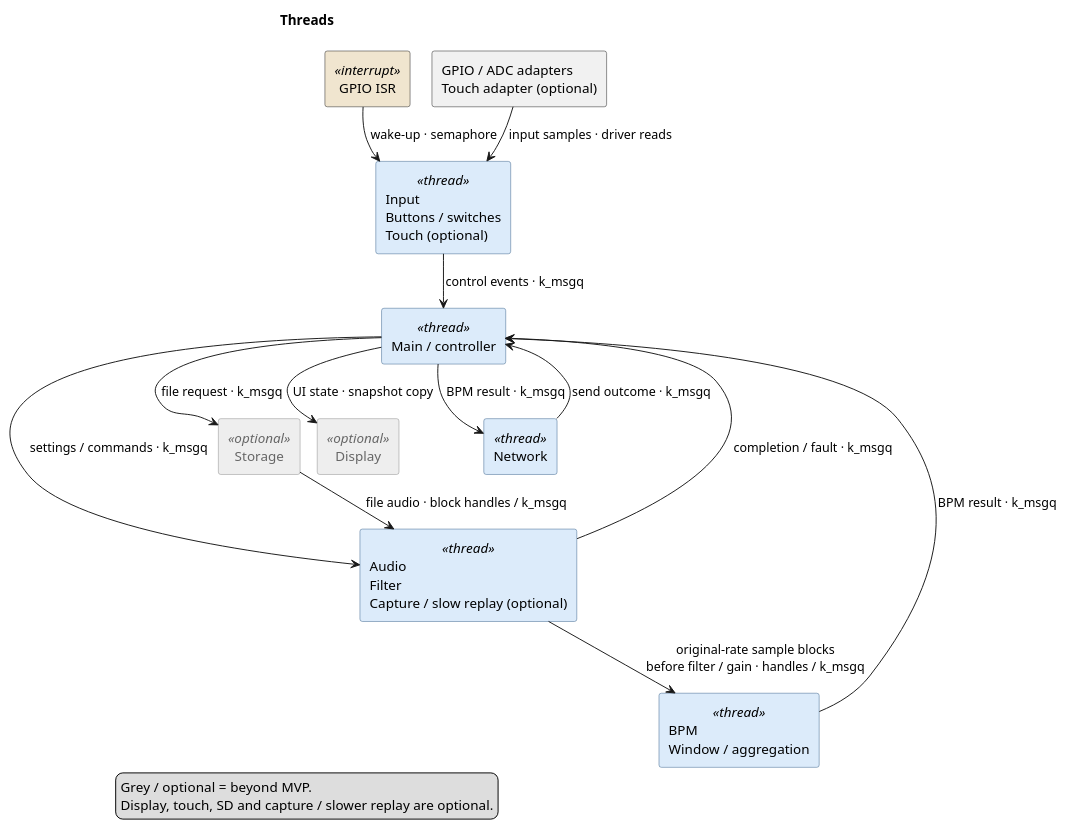
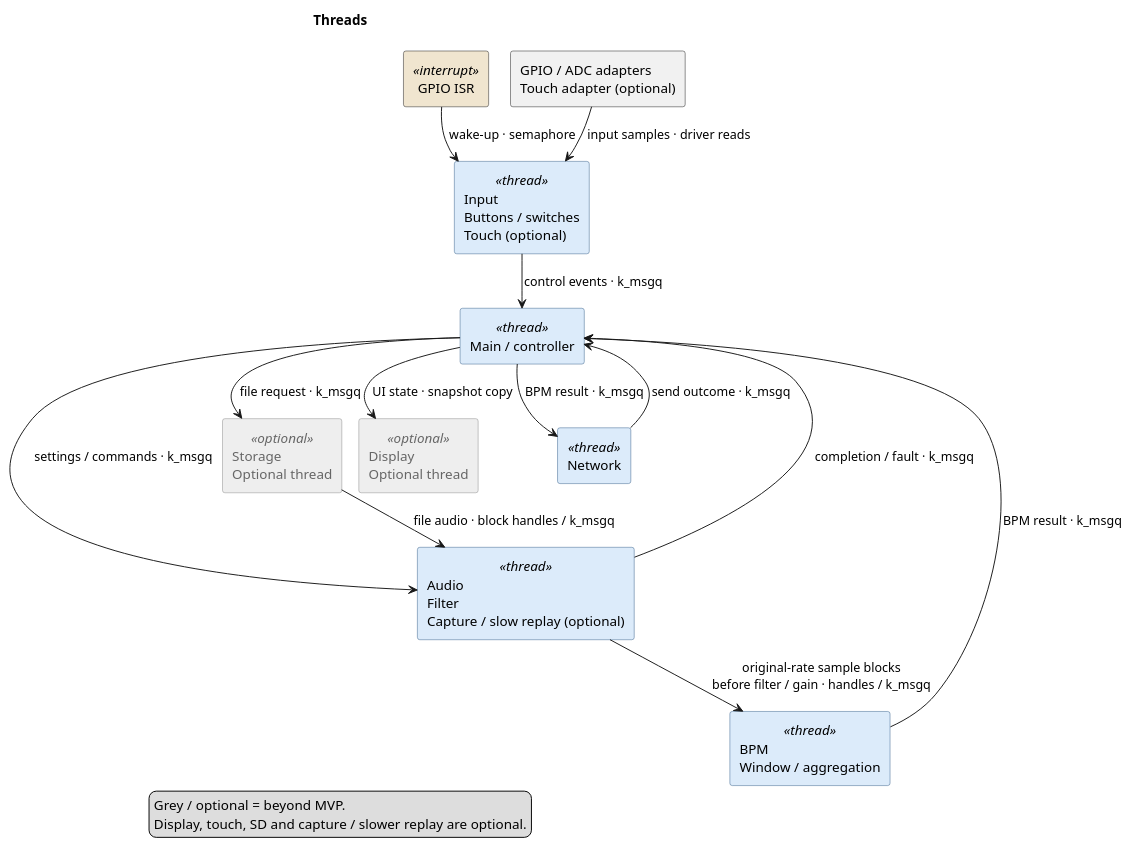
One commit to DemonicPsychoII/DigitalStethoscope changed the diagram in Development/system/architecture/runtime-ownership.puml. Above: the diagram before and after it, drawn with PlantUML. The commit also changed 4 other files, not shown here.

```diff
--- a/Development/system/architecture/runtime-ownership.puml
+++ b/Development/system/architecture/runtime-ownership.puml
@@ -1,48 +1,48 @@
 @startuml runtime_ownership
 !pragma layout smetana
 skinparam shadowing false
 skinparam component {
  BackgroundColor<<optional>> #EEEEEE
  BorderColor<<optional>> #888888
  FontColor<<optional>> #666666
 }
 skinparam artifact {
  BackgroundColor<<optional>> #EEEEEE
  BorderColor<<optional>> #888888
  FontColor<<optional>> #666666
 }
 skinparam componentStyle rectangle
 skinparam defaultFontName SansSerif
 title Threads
 top to bottom direction
 skinparam component {
  BackgroundColor<<thread>> #DCEBFA
  BorderColor<<thread>> #345E87
  BackgroundColor<<interrupt>> #F0E5CF
 }
 component "GPIO ISR" as irq <<interrupt>>
 component "GPIO / ADC adapters\nTouch adapter (optional)" as adapters
 component "Input\nButtons / switches\nTouch (optional)" as inp <<thread>>
 component "Main / controller" as ctl <<thread>>
 component "Audio\nFilter\nCapture / slow replay (optional)" as audio <<thread>>
 component "BPM\nWindow / aggregation" as bpm <<thread>>
-component "Storage" as storage <<optional>>
-component "Display" as display <<optional>>
+component "Storage\nOptional thread" as storage <<optional>>
+component "Display\nOptional thread" as display <<optional>>
 component "Network" as net <<thread>>
 irq --> inp : wake-up · semaphore
 adapters --> inp : input samples · driver reads
 inp --> ctl : control events · k_msgq
 ctl --> audio : settings / commands · k_msgq
 audio --> bpm : original-rate sample blocks\nbefore filter / gain · handles / k_msgq
 bpm --> ctl : BPM result · k_msgq
 audio --> ctl : completion / fault · k_msgq
 ctl --> storage : file request · k_msgq
 storage --> audio : file audio · block handles / k_msgq
 ctl --> display : UI state · snapshot copy
 ctl --> net : BPM result · k_msgq
 net --> ctl : send outcome · k_msgq
 legend bottom
   Grey / optional = beyond MVP.
   Display, touch, SD and capture / slower replay are optional.
 endlegend
 @enduml
```
